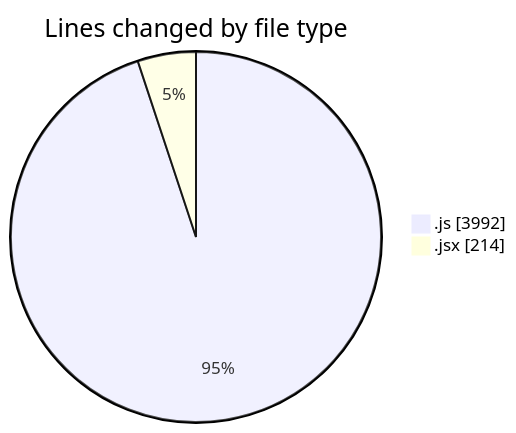
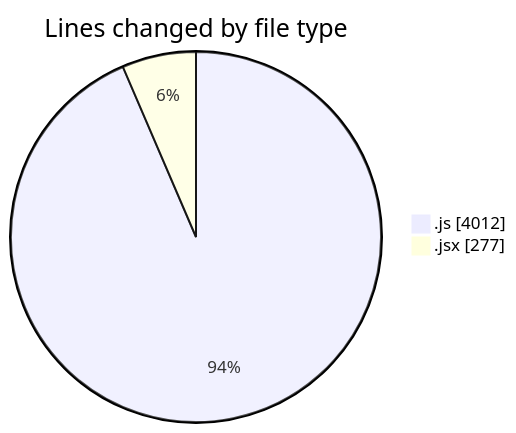
One commit to nxtqubesakshisongat/code-tracking changed the first of 2 diagrams in 2025-12-12/nxtqube_webapp/README.md. Above: the diagram before and after it, drawn with Mermaid. The commit also changed other lines of this file and 1 other file, not shown here.

````diff
--- a/2025-12-12/nxtqube_webapp/README.md
+++ b/2025-12-12/nxtqube_webapp/README.md
@@ -24,6 +24,6 @@
 ```mermaid
 pie showData
 title Lines changed by file type
-".js" : 3992
-".jsx" : 214
+".js" : 4012
+".jsx" : 277
 ```
````
